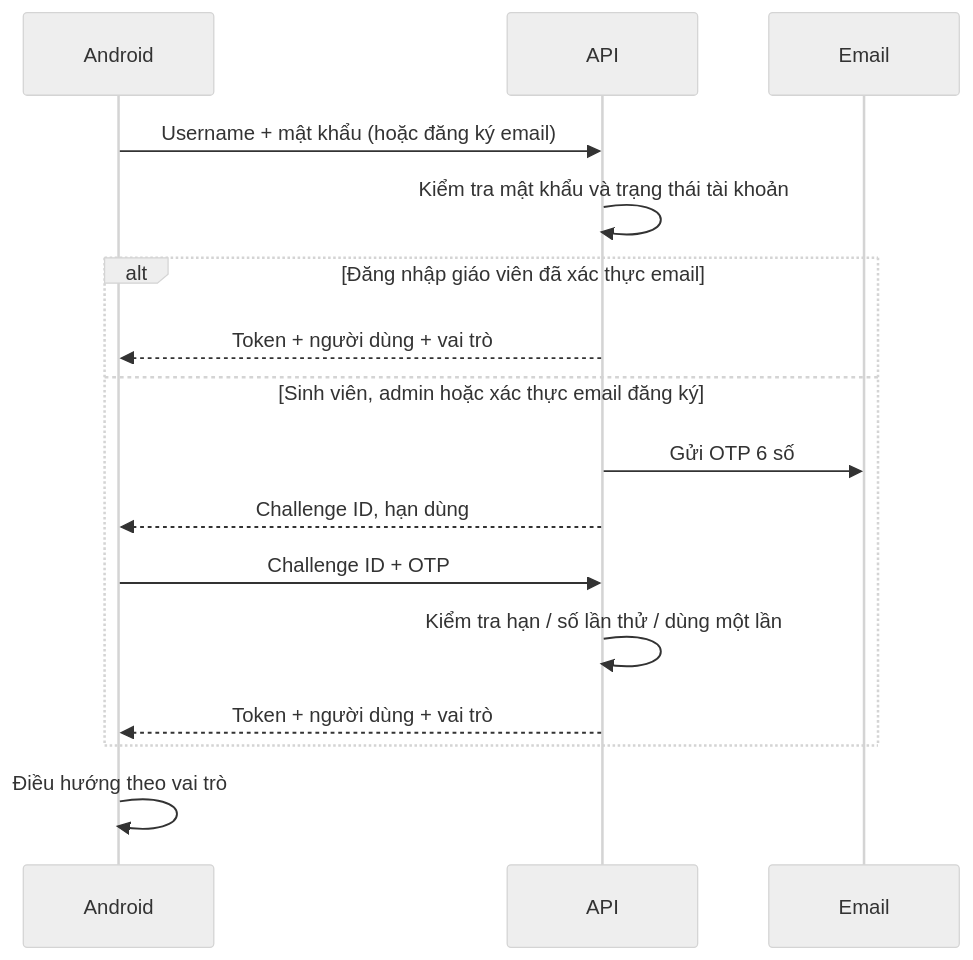
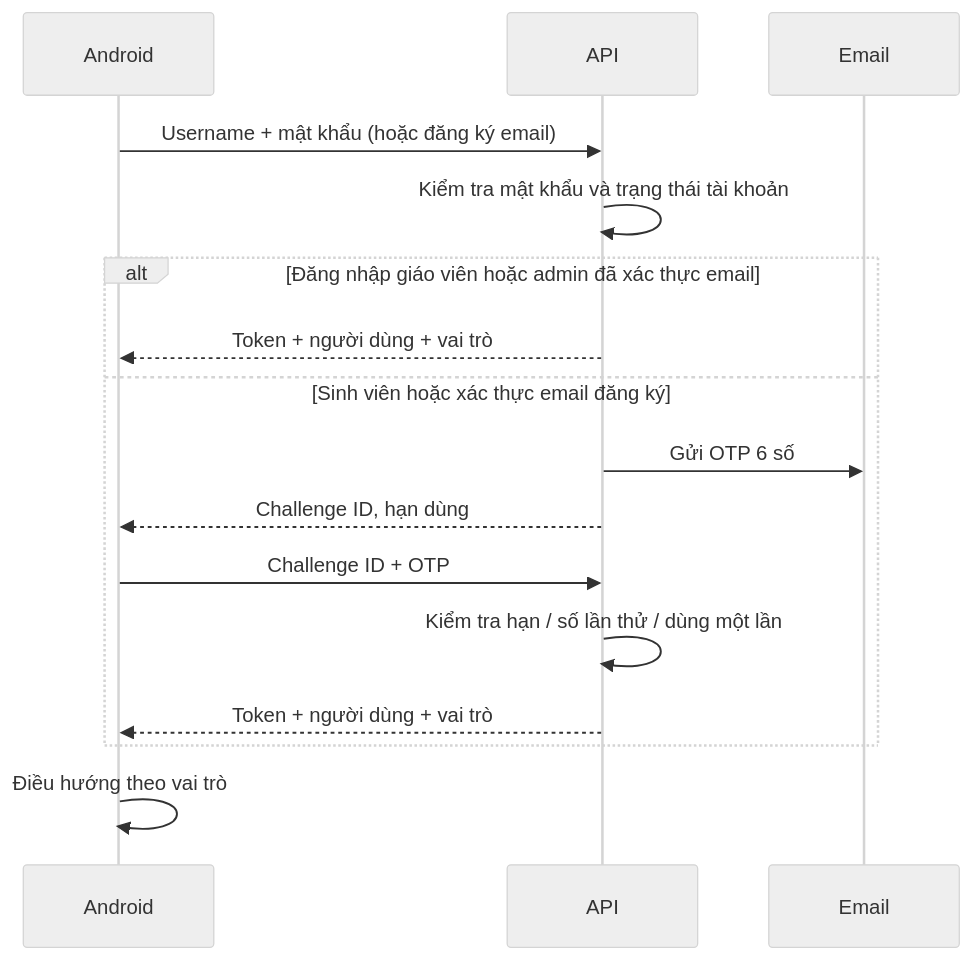
Before and after one commit to SonNguyen2407/ddhoangson: the third of 3 diagrams in docs/architecture.md, drawn with Mermaid (neutral theme). The commit also changed 3 other files, not shown here.

````diff
--- a/docs/architecture.md
+++ b/docs/architecture.md
@@ -39,18 +39,18 @@
 ```mermaid
 sequenceDiagram
     participant A as Android
     participant S as API
     participant M as Email
     A->>S: Username + mật khẩu (hoặc đăng ký email)
     S->>S: Kiểm tra mật khẩu và trạng thái tài khoản
-    alt Đăng nhập giáo viên đã xác thực email
+    alt Đăng nhập giáo viên hoặc admin đã xác thực email
         S-->>A: Token + người dùng + vai trò
-    else Sinh viên, admin hoặc xác thực email đăng ký
+    else Sinh viên hoặc xác thực email đăng ký
         S->>M: Gửi OTP 6 số
         S-->>A: Challenge ID, hạn dùng
         A->>S: Challenge ID + OTP
         S->>S: Kiểm tra hạn / số lần thử / dùng một lần
         S-->>A: Token + người dùng + vai trò
     end
     A->>A: Điều hướng theo vai trò
 ```
````
